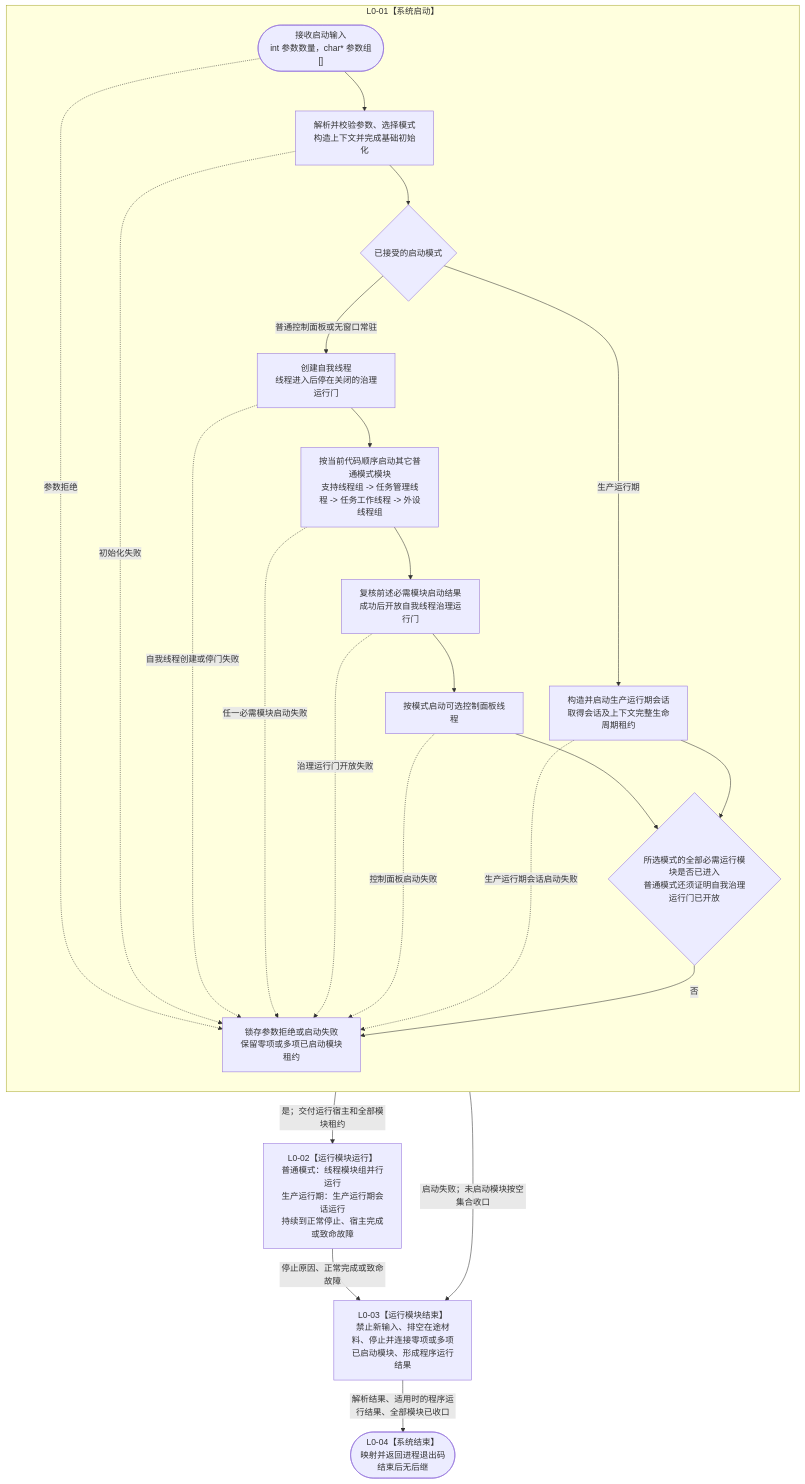
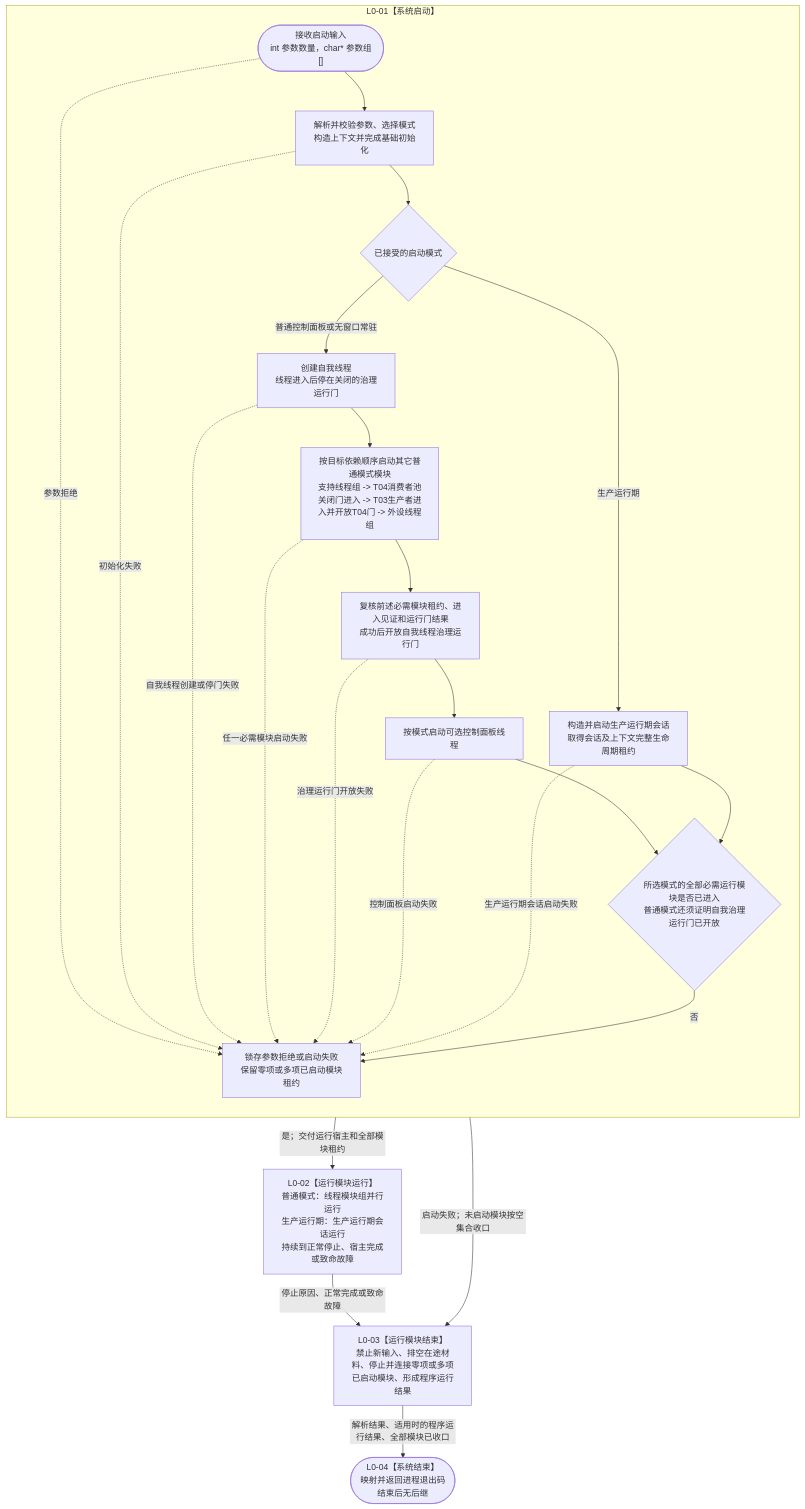
One commit to chunhaizh-cyber/HY-Ego changed the diagram in 流程图/目标业务流程图/L0/BIZ-L0_项目总体业务生命周期_目标业务流程图_v0.4.md. Above: the diagram before and after it, drawn with Mermaid. The commit also changed other lines of this file and 17 other files, not shown here.

````diff
--- a/流程图/目标业务流程图/L0/BIZ-L0_项目总体业务生命周期_目标业务流程图_v0.4.md
+++ b/流程图/目标业务流程图/L0/BIZ-L0_项目总体业务生命周期_目标业务流程图_v0.4.md
@@ -50,38 +50,38 @@
 ```mermaid
 flowchart TD
     subgraph L001["L0-01【系统启动】"]
         direction TD
         S01(["接收启动输入<br/>int 参数数量，char* 参数组[]"])
         S02["解析并校验参数、选择模式<br/>构造上下文并完成基础初始化"]
         SM{"已接受的启动模式"}
         S03["创建自我线程<br/>线程进入后停在关闭的治理运行门"]
-        S04["按当前代码顺序启动其它普通模式模块<br/>支持线程组 -> 任务管理线程 -> 任务工作线程 -> 外设线程组"]
-        S05["复核前述必需模块启动结果<br/>成功后开放自我线程治理运行门"]
+        S04["按目标依赖顺序启动其它普通模式模块<br/>支持线程组 -> T04消费者池关闭门进入 -> T03生产者进入并开放T04门 -> 外设线程组"]
+        S05["复核前述必需模块租约、进入见证和运行门结果<br/>成功后开放自我线程治理运行门"]
         S06["按模式启动可选控制面板线程"]
         SR["构造并启动生产运行期会话<br/>取得会话及上下文完整生命周期租约"]
         S07{"所选模式的全部必需运行模块是否已进入<br/>普通模式还须证明自我治理运行门已开放"}
         SF["锁存参数拒绝或启动失败<br/>保留零项或多项已启动模块租约"]
 
         S01 --> S02 --> SM
         SM -->|普通控制面板或无窗口常驻| S03
         S03 --> S04 --> S05 --> S06 --> S07
         SM -->|生产运行期| SR
         SR --> S07
         S01 -. "参数拒绝" .-> SF
         S02 -. "初始化失败" .-> SF
         S03 -. "自我线程创建或停门失败" .-> SF
         S04 -. "任一必需模块启动失败" .-> SF
         S05 -. "治理运行门开放失败" .-> SF
         S06 -. "控制面板启动失败" .-> SF
         SR -. "生产运行期会话启动失败" .-> SF
         S07 -->|否| SF
     end
     L002["L0-02【运行模块运行】<br/>普通模式：线程模块组并行运行<br/>生产运行期：生产运行期会话运行<br/>持续到正常停止、宿主完成或致命故障"]
     L003["L0-03【运行模块结束】<br/>禁止新输入、排空在途材料、停止并连接零项或多项已启动模块、形成程序运行结果"]
     L004(["L0-04【系统结束】<br/>映射并返回进程退出码<br/>结束后无后继"])
 
     S07 -->|是；交付运行宿主和全部模块租约| L002
     SF -->|启动失败；未启动模块按空集合收口| L003
     L002 -->|停止原因、正常完成或致命故障| L003
     L003 -->|解析结果、适用时的程序运行结果、全部模块已收口| L004
 ```
````
